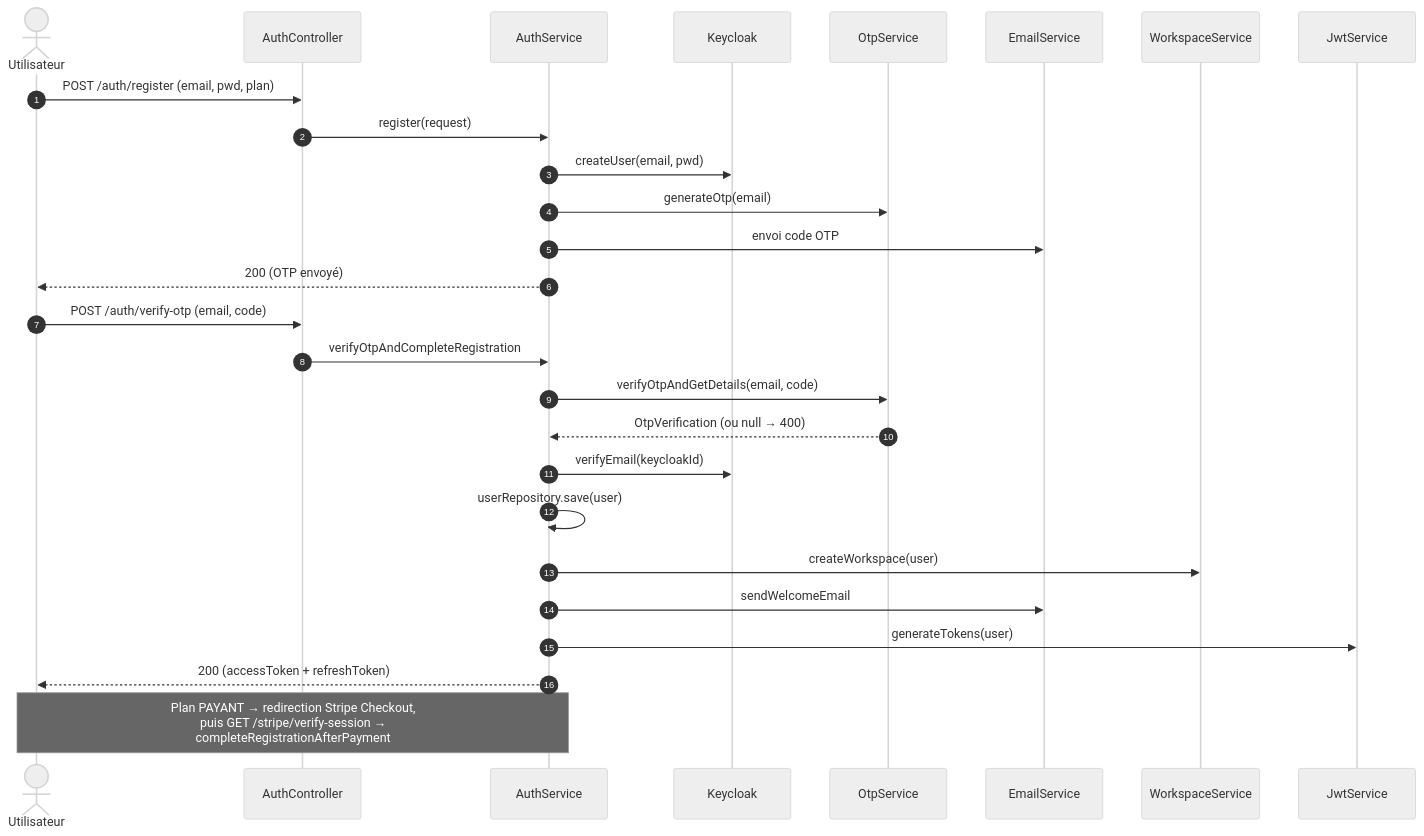
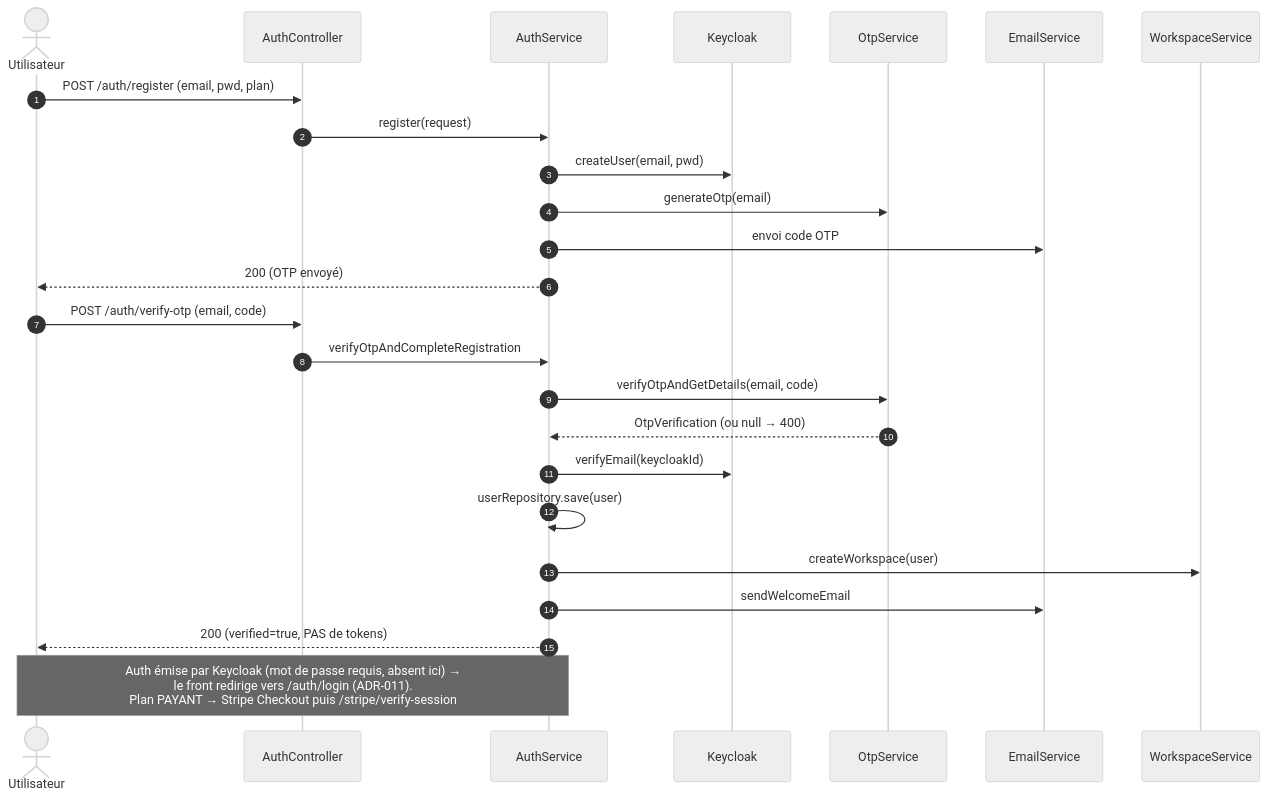
The first of 6 diagrams in v1/03-architecture/Diagrammes_Sequence_UML.md (taskforce-project/taskforce-docs), drawn with Mermaid (neutral theme) before and after one commit. The commit also changed other lines of this file, not shown here.

Commit message:
refactor(auth): remove JwtService and update token handling in sequence diagrams

````diff
--- a/v1/03-architecture/Diagrammes_Sequence_UML.md
+++ b/v1/03-architecture/Diagrammes_Sequence_UML.md
@@ -30,32 +30,30 @@
 ```mermaid
 sequenceDiagram
     autonumber
     actor U as Utilisateur
     participant AC as AuthController
     participant AS as AuthService
     participant KC as Keycloak
     participant OTP as OtpService
     participant MAIL as EmailService
     participant WS as WorkspaceService
-    participant JWT as JwtService
 
     U->>AC: POST /auth/register (email, pwd, plan)
     AC->>AS: register(request)
     AS->>KC: createUser(email, pwd)
     AS->>OTP: generateOtp(email)
     AS->>MAIL: envoi code OTP
     AS-->>U: 200 (OTP envoyé)
 
     U->>AC: POST /auth/verify-otp (email, code)
     AC->>AS: verifyOtpAndCompleteRegistration
     AS->>OTP: verifyOtpAndGetDetails(email, code)
     OTP-->>AS: OtpVerification (ou null → 400)
     AS->>KC: verifyEmail(keycloakId)
     AS->>AS: userRepository.save(user)
     AS->>WS: createWorkspace(user)
     AS->>MAIL: sendWelcomeEmail
-    AS->>JWT: generateTokens(user)
-    AS-->>U: 200 (accessToken + refreshToken)
+    AS-->>U: 200 (verified=true, PAS de tokens)
 
-    note over U,AS: Plan PAYANT → redirection Stripe Checkout,<br/>puis GET /stripe/verify-session →<br/>completeRegistrationAfterPayment
+    note over U,AS: Auth émise par Keycloak (mot de passe requis, absent ici) →<br/>le front redirige vers /auth/login (ADR-011).<br/>Plan PAYANT → Stripe Checkout puis /stripe/verify-session
 ```
````
